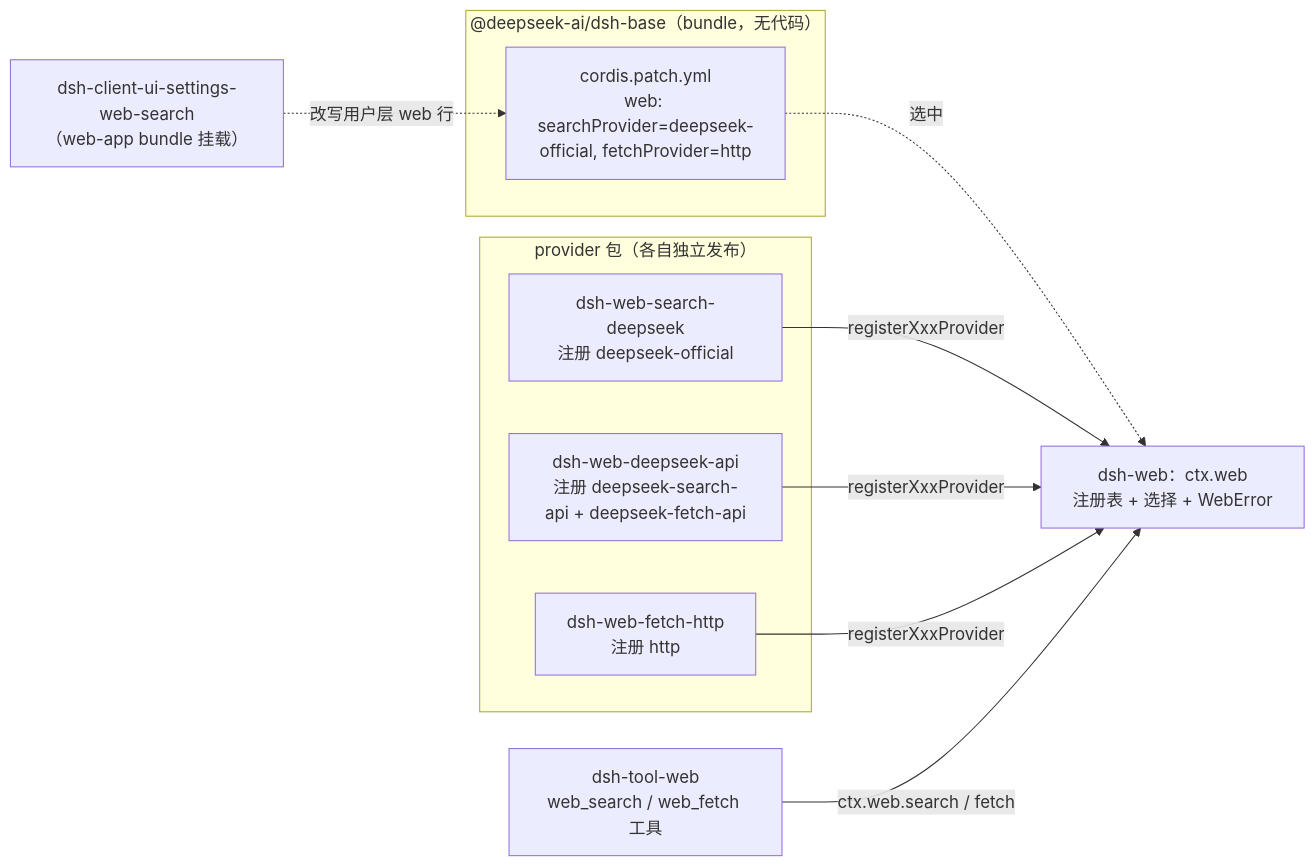
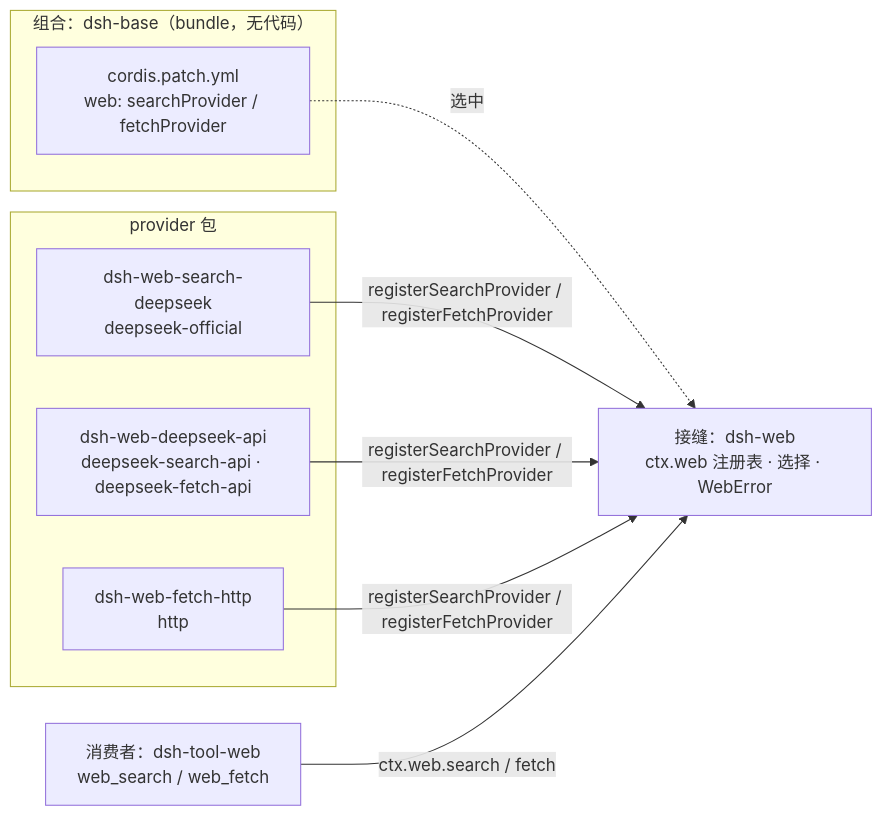
One commit to Yurzi/dsh-tool-web-enhanced changed the first of 5 diagrams in docs/architecture.md. Above: the diagram before and after it, drawn with Mermaid. The commit also changed other lines of this file and 156 other files, not shown here.

```diff
--- a/docs/architecture.md
+++ b/docs/architecture.md
@@ -37,18 +27,16 @@
 ~~~mermaid
 flowchart LR
-  subgraph bundle["@deepseek-ai/dsh-base（bundle，无代码）"]
-    P["cordis.patch.yml<br/>web: searchProvider=deepseek-official, fetchProvider=http"]
+  subgraph bundle["组合：dsh-base（bundle，无代码）"]
+    P["cordis.patch.yml<br/>web: searchProvider / fetchProvider"]
   end
-  subgraph providers["provider 包（各自独立发布）"]
-    S1["dsh-web-search-deepseek<br/>注册 deepseek-official"]
-    S2["dsh-web-deepseek-api<br/>注册 deepseek-search-api + deepseek-fetch-api"]
-    F1["dsh-web-fetch-http<br/>注册 http"]
+  subgraph providers["provider 包"]
+    S1["dsh-web-search-deepseek<br/>deepseek-official"]
+    S2["dsh-web-deepseek-api<br/>deepseek-search-api · deepseek-fetch-api"]
+    F1["dsh-web-fetch-http<br/>http"]
   end
-  SEAM["dsh-web：ctx.web<br/>注册表 + 选择 + WebError"]
-  TOOL["dsh-tool-web<br/>web_search / web_fetch 工具"]
-  UI["dsh-client-ui-settings-web-search<br/>（web-app bundle 挂载）"]
+  SEAM["接缝：dsh-web<br/>ctx.web 注册表 · 选择 · WebError"]
+  TOOL["消费者：dsh-tool-web<br/>web_search / web_fetch"]
   P -. 选中 .-> SEAM
-  S1 & S2 & F1 -- registerXxxProvider --> SEAM
-  TOOL -- ctx.web.search / fetch --> SEAM
-  UI -. 改写用户层 web 行 .-> P
+  S1 & S2 & F1 -- "registerSearchProvider / registerFetchProvider" --> SEAM
+  TOOL -- "ctx.web.search / fetch" --> SEAM
 ~~~
```
